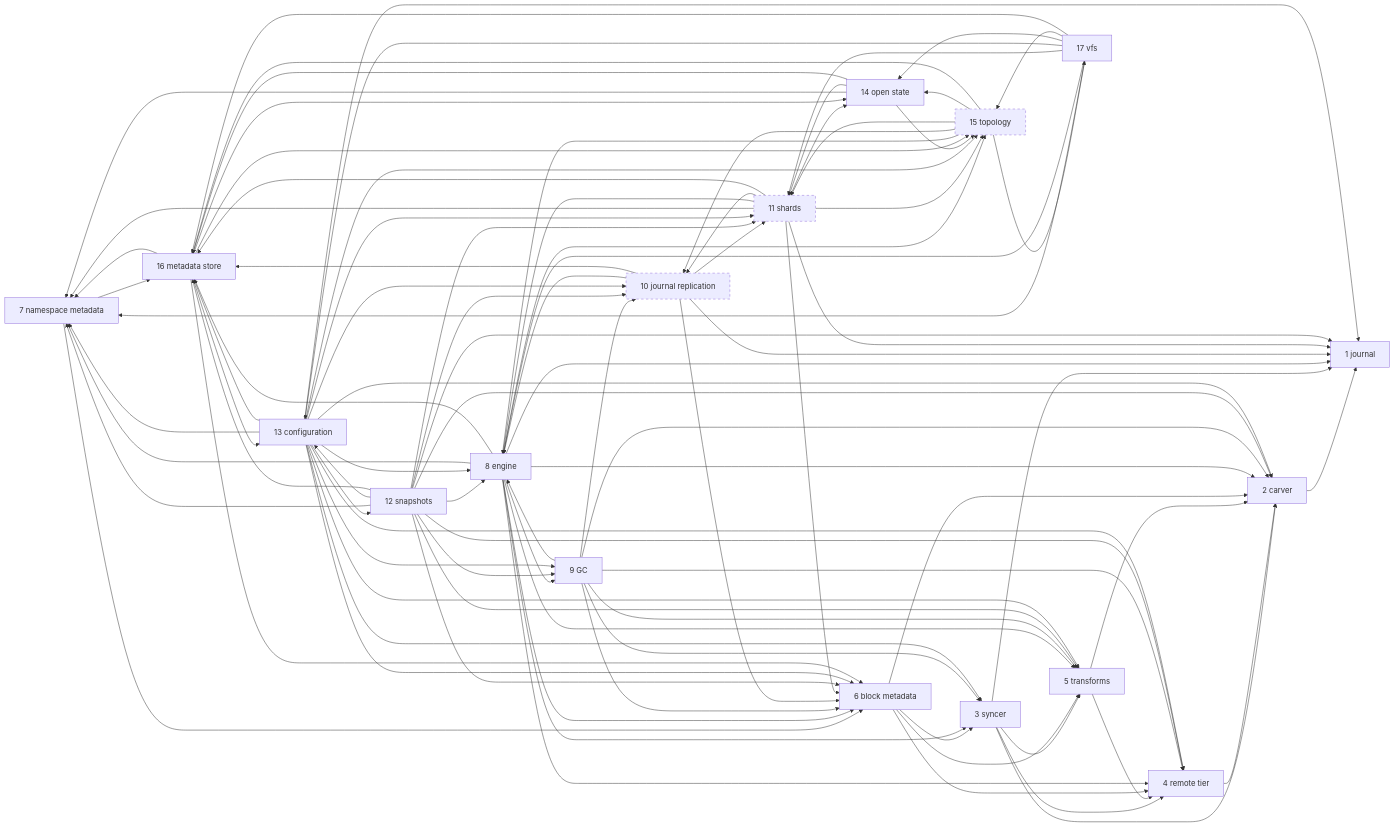
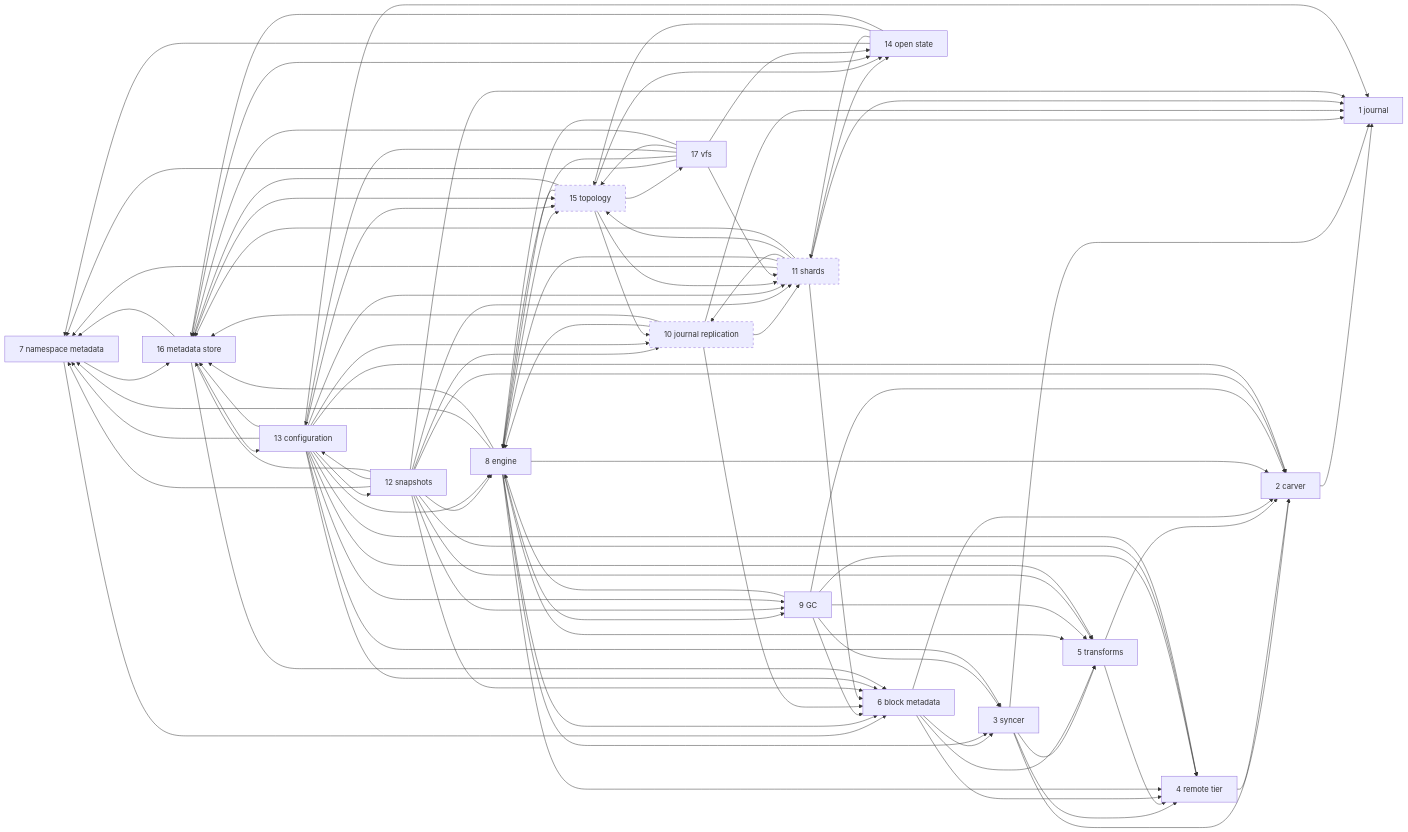
Before and after one commit to marmos91/dittofs: the diagram in docs/internals/rfcs/rfc-index.md, drawn with Mermaid. The commit also changed other lines of this file and 17 other files, not shown here.

````diff
--- a/docs/internals/rfcs/rfc-index.md
+++ b/docs/internals/rfcs/rfc-index.md
@@ -65,23 +65,23 @@
 ```mermaid
 graph LR
   R1["1 journal"]
   R2["2 carver"] --> R1
   R3["3 syncer"] --> R1 & R2 & R4 & R5
   R4["4 remote tier"] --> R2
   R5["5 transforms"] --> R2 & R4
   R6["6 block metadata"] --> R2 & R3 & R4 & R5
   R7["7 namespace metadata"] --> R6 & R16
   R8["8 engine"] --> R1 & R2 & R3 & R4 & R5 & R6 & R7 & R9 & R15 & R16
-  R9["9 GC"] --> R2 & R3 & R4 & R5 & R6 & R8 & R10
+  R9["9 GC"] --> R2 & R3 & R4 & R5 & R6 & R8
   R10["10 journal replication"] --> R1 & R6 & R8 & R11 & R16
   R11["11 shards"] --> R1 & R6 & R7 & R8 & R10 & R14 & R15 & R16
   R12["12 snapshots"] --> R1 & R2 & R4 & R5 & R6 & R7 & R8 & R9 & R10 & R11 & R13 & R16
   R13["13 configuration"] --> R1 & R2 & R3 & R4 & R5 & R6 & R7 & R8 & R9 & R10 & R11 & R12 & R15 & R16
   R14["14 open state"] --> R7 & R11 & R15 & R16
   R15["15 topology"] --> R8 & R10 & R11 & R14 & R16 & R17
   R16["16 metadata store"] --> R6 & R7 & R13 & R14 & R15
   R17["17 vfs"] --> R7 & R8 & R11 & R13 & R14 & R15 & R16
   style R10 stroke-dasharray: 5 5
   style R11 stroke-dasharray: 5 5
   style R15 stroke-dasharray: 5 5
 ```
````
